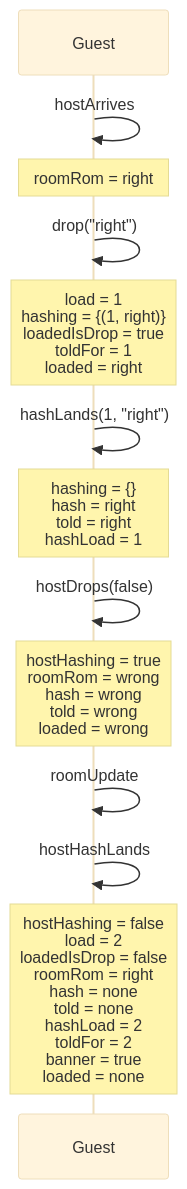
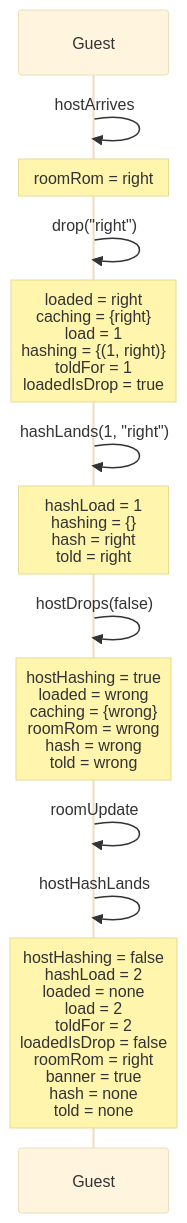
Diagram 23 of 27 in docs/spec-traces.md (kwilson21/kaillera-next), drawn with Mermaid (base theme) before and after one commit. The commit also changed other lines of this file and 11 other files, not shown here.

First line of the commit message:
fix: a guest with no ROM takes the host's new one from its ROM library (#316)

````diff
--- a/docs/spec-traces.md
+++ b/docs/spec-traces.md
@@ -631,15 +631,15 @@
 ```mermaid
 sequenceDiagram
   participant Guest
   Guest->>Guest: hostArrives
   Note over Guest: roomRom = right
   Guest->>Guest: drop("right")
-  Note over Guest: load = 1<br/>hashing = {(1, right)}<br/>loadedIsDrop = true<br/>toldFor = 1<br/>loaded = right
+  Note over Guest: loaded = right<br/>caching = {right}<br/>load = 1<br/>hashing = {(1, right)}<br/>toldFor = 1<br/>loadedIsDrop = true
   Guest->>Guest: hashLands(1, "right")
-  Note over Guest: hashing = {}<br/>hash = right<br/>told = right<br/>hashLoad = 1
+  Note over Guest: hashLoad = 1<br/>hashing = {}<br/>hash = right<br/>told = right
   Guest->>Guest: hostDrops(false)
-  Note over Guest: hostHashing = true<br/>roomRom = wrong<br/>hash = wrong<br/>told = wrong<br/>loaded = wrong
+  Note over Guest: hostHashing = true<br/>loaded = wrong<br/>caching = {wrong}<br/>roomRom = wrong<br/>hash = wrong<br/>told = wrong
   Guest->>Guest: roomUpdate
   Guest->>Guest: hostHashLands
-  Note over Guest: hostHashing = false<br/>load = 2<br/>loadedIsDrop = false<br/>roomRom = right<br/>hash = none<br/>told = none<br/>hashLoad = 2<br/>toldFor = 2<br/>banner = true<br/>loaded = none
+  Note over Guest: hostHashing = false<br/>hashLoad = 2<br/>loaded = none<br/>load = 2<br/>toldFor = 2<br/>loadedIsDrop = false<br/>roomRom = right<br/>banner = true<br/>hash = none<br/>told = none
 ```
````
